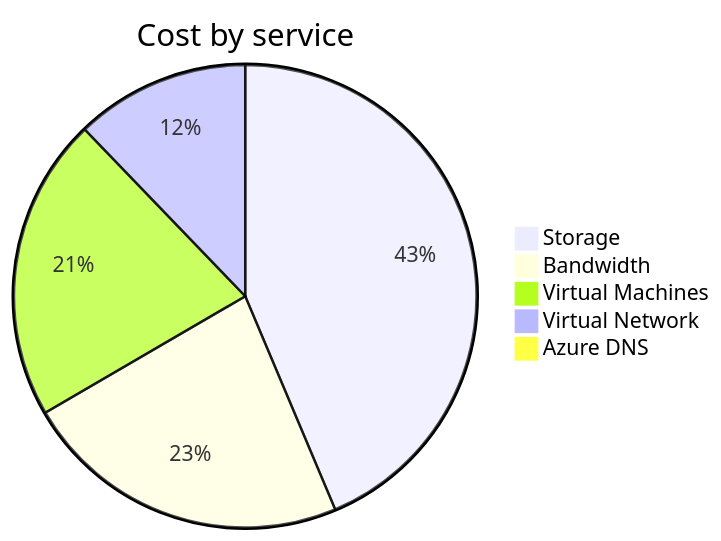
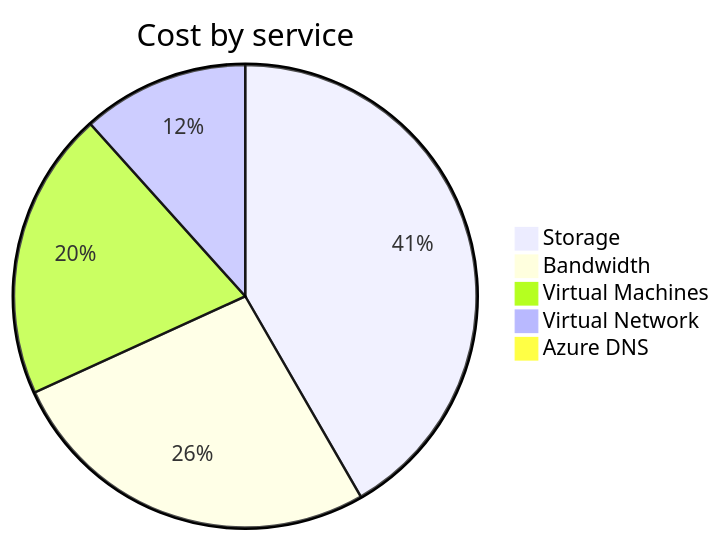
One commit to jpfulton/azure-personal-reports changed the second of 4 diagrams in cost-reports/personal-network/README.md. Above: the diagram before and after it, drawn with Mermaid. The commit also changed other lines of this file and 8 other files, not shown here.

````diff
--- a/cost-reports/personal-network/README.md
+++ b/cost-reports/personal-network/README.md
@@ -99,9 +99,9 @@
 ```mermaid
 pie
    title Cost by service
-   "Storage" : 22.26
-   "Bandwidth" : 11.71
-   "Virtual Machines" : 10.81
-   "Virtual Network" : 6.22
-   "Azure DNS" : 0.42
+   "Storage" : 23.18
+   "Bandwidth" : 14.74
+   "Virtual Machines" : 11.22
+   "Virtual Network" : 6.48
+   "Azure DNS" : 0.43
 ```
````
